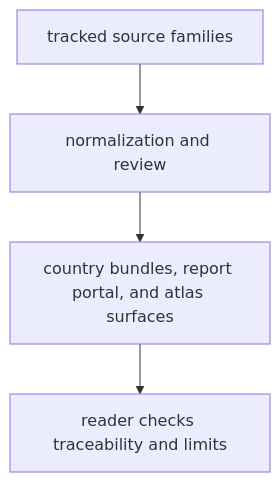
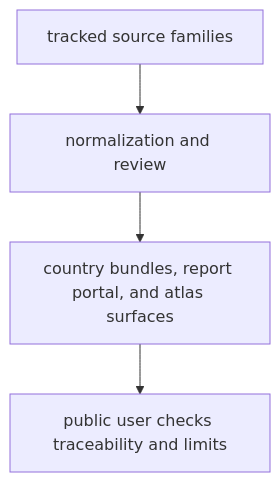
Before and after one commit to bijux/bijux-pollenomics: the diagram in docs/public/pollenomics/index.md, drawn with Mermaid. The commit also changed other lines of this file and 3 other files, not shown here.

````diff
--- a/docs/public/pollenomics/index.md
+++ b/docs/public/pollenomics/index.md
@@ -53,11 +52,11 @@
 ```mermaid
 flowchart TB
     sources["tracked source families"]
     normalization["normalization and review"]
     outputs["country bundles, report portal, and atlas surfaces"]
-    readers["reader checks traceability and limits"]
+    readers["public user checks traceability and limits"]
 
     sources --> normalization
     normalization --> outputs
     outputs --> readers
 ```
````
